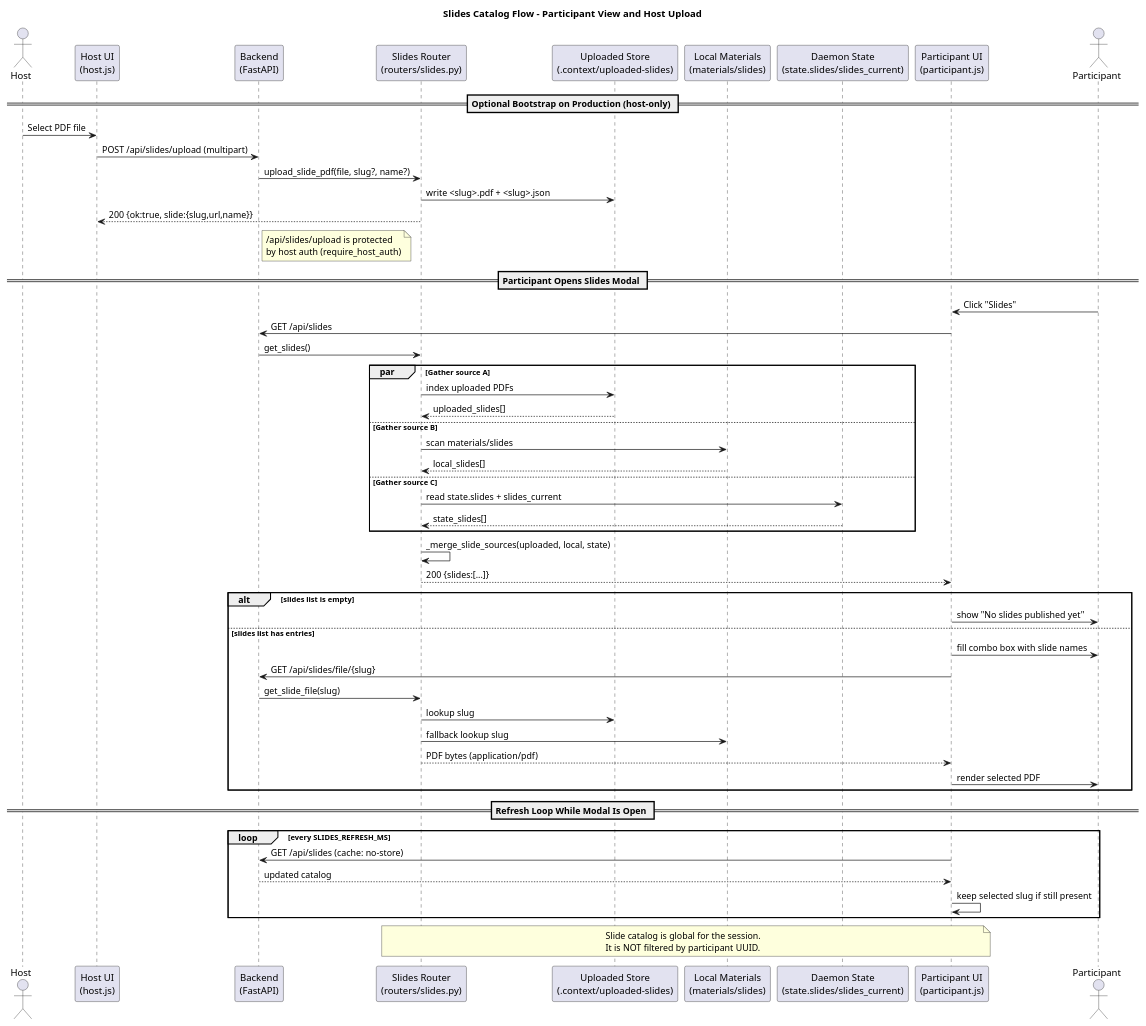
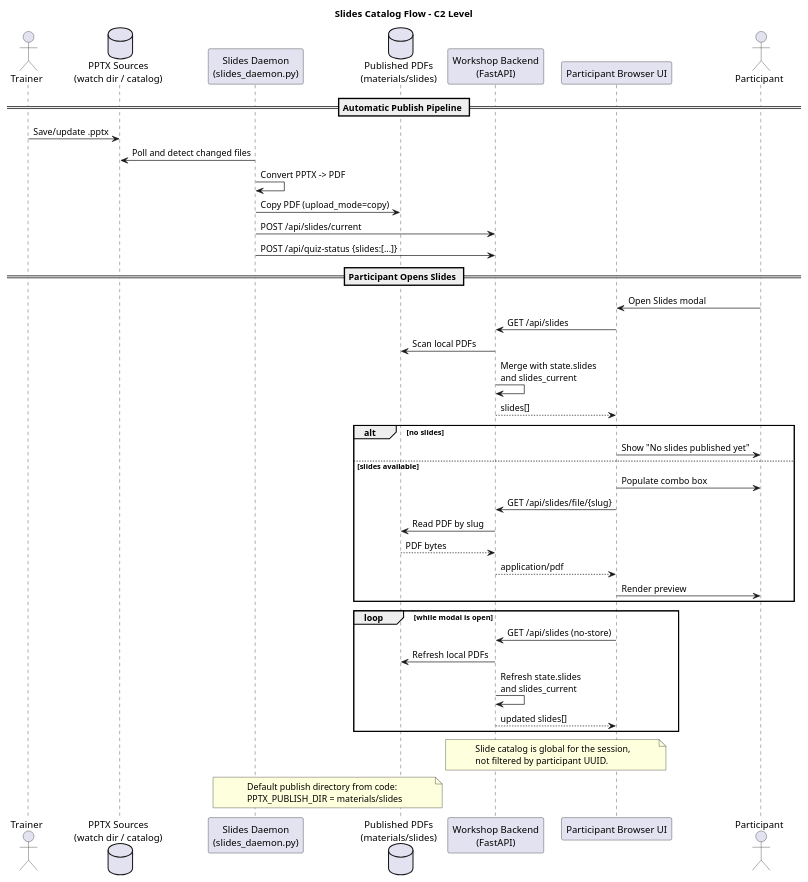
Before and after one commit to victorrentea/training-assistant: the diagram in adoc/seq_slides_flow.puml, drawn with PlantUML.

Commit message:
docs: align slides sequence flow with daemon-driven source

```diff
--- a/adoc/seq_slides_flow.puml
+++ b/adoc/seq_slides_flow.puml
@@ -1,72 +1,57 @@
 @startuml seq_slides_flow
-title Slides Catalog Flow - Participant View and Host Upload
+title Slides Catalog Flow - C2 Level
 
-actor       "Host" as Host
-participant "Host UI\n(host.js)" as HostUI
-participant "Backend\n(FastAPI)" as Backend
-participant "Slides Router\n(routers/slides.py)" as Slides
-participant "Uploaded Store\n(.context/uploaded-slides)" as UploadStore
-participant "Local Materials\n(materials/slides)" as LocalStore
-participant "Daemon State\n(state.slides/slides_current)" as DaemonState
-participant "Participant UI\n(participant.js)" as PaxUI
-actor       "Participant" as Pax
+actor "Trainer" as Trainer
+database "PPTX Sources\n(watch dir / catalog)" as PptxSources
+participant "Slides Daemon\n(slides_daemon.py)" as Daemon
+database "Published PDFs\n(materials/slides)" as MaterialsSlides
+participant "Workshop Backend\n(FastAPI)" as Backend
+participant "Participant Browser UI" as PaxUI
+actor "Participant" as Pax
 
-== Optional Bootstrap on Production (host-only) ==
+== Automatic Publish Pipeline ==
 
-Host -> HostUI : Select PDF file
-HostUI -> Backend : POST /api/slides/upload (multipart)
-Backend -> Slides : upload_slide_pdf(file, slug?, name?)
-Slides -> UploadStore : write <slug>.pdf + <slug>.json
-Slides --> HostUI : 200 {ok:true, slide:{slug,url,name}}
+Trainer -> PptxSources : Save/update .pptx
+Daemon -> PptxSources : Poll and detect changed files
+Daemon -> Daemon : Convert PPTX -> PDF
+Daemon -> MaterialsSlides : Copy PDF (upload_mode=copy)
+Daemon -> Backend : POST /api/slides/current
+Daemon -> Backend : POST /api/quiz-status {slides:[...]}
 
-note right of Backend
-  /api/slides/upload is protected
-  by host auth (require_host_auth)
+== Participant Opens Slides ==
+
+Pax -> PaxUI : Open Slides modal
+PaxUI -> Backend : GET /api/slides
+Backend -> MaterialsSlides : Scan local PDFs
+Backend -> Backend : Merge with state.slides\nand slides_current
+Backend --> PaxUI : slides[]
+
+alt no slides
+  PaxUI -> Pax : Show "No slides published yet"
+else slides available
+  PaxUI -> Pax : Populate combo box
+  PaxUI -> Backend : GET /api/slides/file/{slug}
+  Backend -> MaterialsSlides : Read PDF by slug
+  MaterialsSlides --> Backend : PDF bytes
+  Backend --> PaxUI : application/pdf
+  PaxUI -> Pax : Render preview
+end
+
+loop while modal is open
+  PaxUI -> Backend : GET /api/slides (no-store)
+  Backend -> MaterialsSlides : Refresh local PDFs
+  Backend -> Backend : Refresh state.slides\nand slides_current
+  Backend --> PaxUI : updated slides[]
+end
+
+note over PaxUI, Backend
+  Slide catalog is global for the session,
+  not filtered by participant UUID.
 end note
 
-== Participant Opens Slides Modal ==
-
-Pax -> PaxUI : Click "Slides"
-PaxUI -> Backend : GET /api/slides
-Backend -> Slides : get_slides()
-
-par Gather source A
-  Slides -> UploadStore : index uploaded PDFs
-  UploadStore --> Slides : uploaded_slides[]
-else Gather source B
-  Slides -> LocalStore : scan materials/slides
-  LocalStore --> Slides : local_slides[]
-else Gather source C
-  Slides -> DaemonState : read state.slides + slides_current
-  DaemonState --> Slides : state_slides[]
-end
-
-Slides -> Slides : _merge_slide_sources(uploaded, local, state)
-Slides --> PaxUI : 200 {slides:[...]}
-
-alt slides list is empty
-  PaxUI -> Pax : show "No slides published yet"
-else slides list has entries
-  PaxUI -> Pax : fill combo box with slide names
-  PaxUI -> Backend : GET /api/slides/file/{slug}
-  Backend -> Slides : get_slide_file(slug)
-  Slides -> UploadStore : lookup slug
-  Slides -> LocalStore : fallback lookup slug
-  Slides --> PaxUI : PDF bytes (application/pdf)
-  PaxUI -> Pax : render selected PDF
-end
-
-== Refresh Loop While Modal Is Open ==
-
-loop every SLIDES_REFRESH_MS
-  PaxUI -> Backend : GET /api/slides (cache: no-store)
-  Backend --> PaxUI : updated catalog
-  PaxUI -> PaxUI : keep selected slug if still present
-end
-
-note over PaxUI, Slides
-  Slide catalog is global for the session.
-  It is NOT filtered by participant UUID.
+note over Daemon, MaterialsSlides
+  Default publish directory from code:
+  PPTX_PUBLISH_DIR = materials/slides
 end note
 
 @enduml
```
